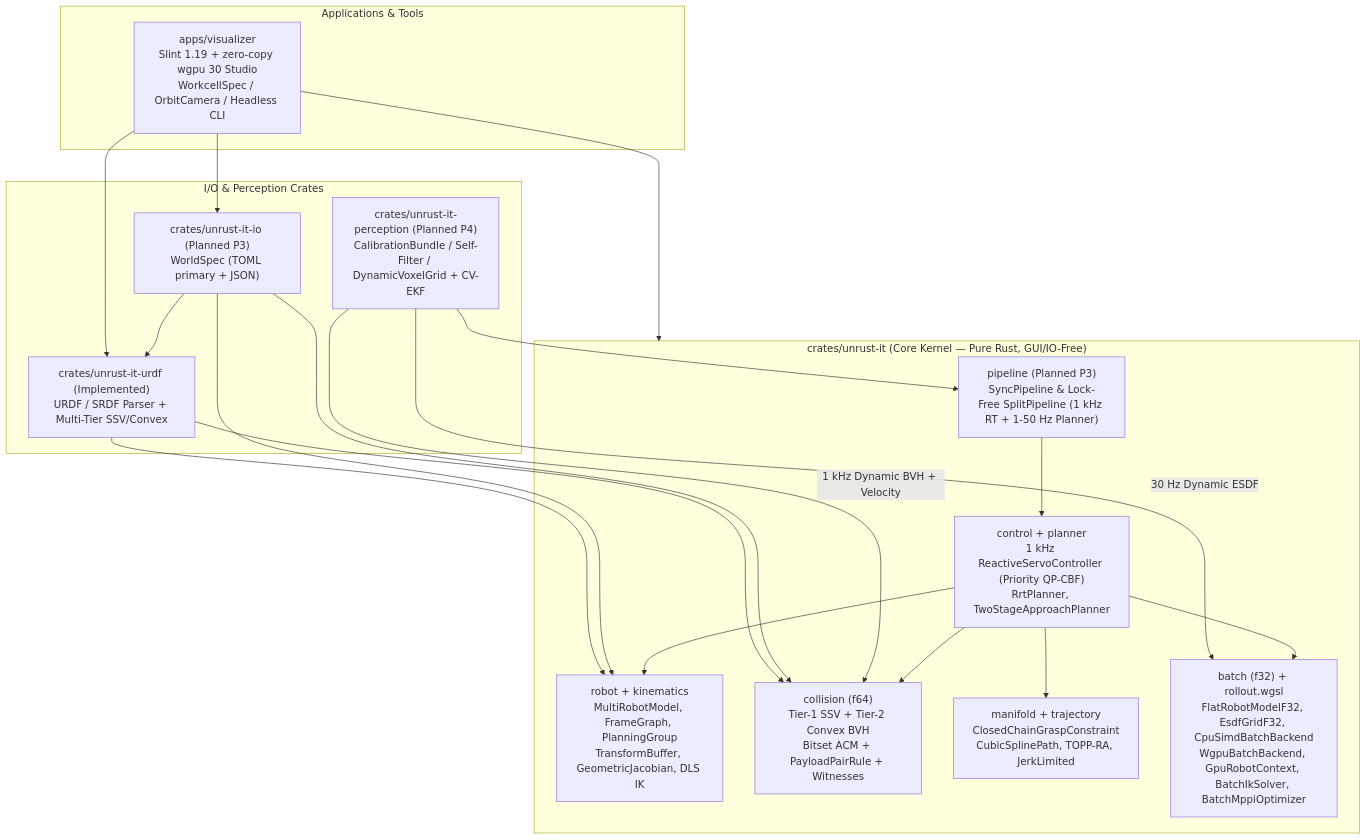
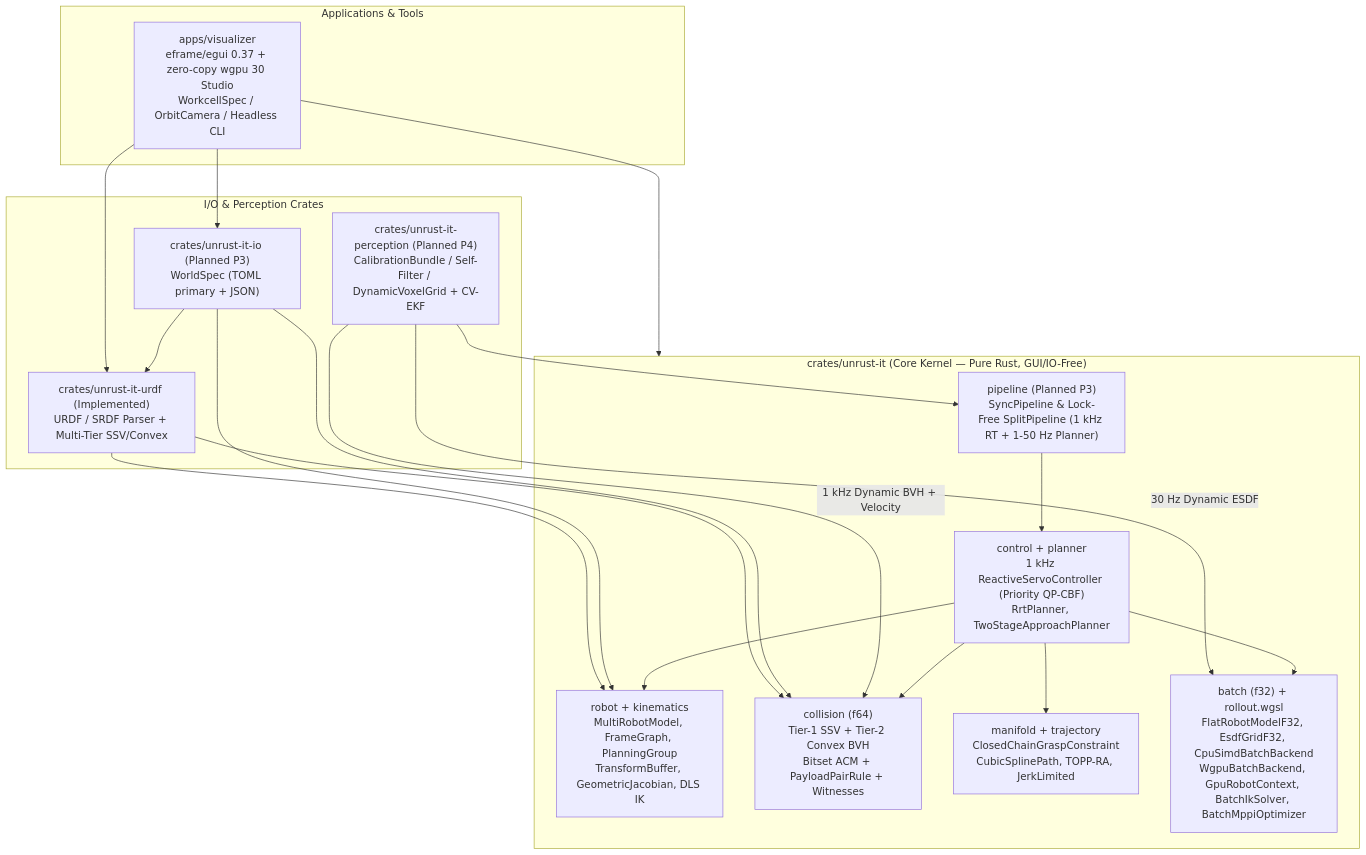
The diagram in docs/ARCHITECTURE.md (imesper/unrust-it), drawn with Mermaid before and after one commit. The commit also changed other lines of this file and 37 other files, not shown here.

Commit message:
feat(visualizer): migrate Desktop Studio from Slint to egui/eframe 0.37 + zero-copy wgpu 30 + egui_plot

````diff
--- a/docs/ARCHITECTURE.md
+++ b/docs/ARCHITECTURE.md
@@ -30,38 +30,38 @@
 ```mermaid
 flowchart TB
     subgraph Apps["Applications & Tools"]
-        Studio["apps/visualizer<br/>Slint 1.19 + zero-copy wgpu 30 Studio<br/>WorkcellSpec / OrbitCamera / Headless CLI"]
+        Studio["apps/visualizer<br/>eframe/egui 0.37 + zero-copy wgpu 30 Studio<br/>WorkcellSpec / OrbitCamera / Headless CLI"]
     end
 
     subgraph IO_Percep["I/O & Perception Crates"]
         URDF["crates/unrust-it-urdf (Implemented)<br/>URDF / SRDF Parser + Multi-Tier SSV/Convex"]
         IO["crates/unrust-it-io (Planned P3)<br/>WorldSpec (TOML primary + JSON)"]
         PER["crates/unrust-it-perception (Planned P4)<br/>CalibrationBundle / Self-Filter / DynamicVoxelGrid + CV-EKF"]
     end
 
     subgraph Kernel["crates/unrust-it (Core Kernel — Pure Rust, GUI/IO-Free)"]
         K_Model["robot + kinematics<br/>MultiRobotModel, FrameGraph, PlanningGroup<br/>TransformBuffer, GeometricJacobian, DLS IK"]
         K_Coll["collision (f64)<br/>Tier-1 SSV + Tier-2 Convex BVH<br/>Bitset ACM + PayloadPairRule + Witnesses"]
         K_Man["manifold + trajectory<br/>ClosedChainGraspConstraint<br/>CubicSplinePath, TOPP-RA, JerkLimited"]
         K_Ctrl["control + planner<br/>1 kHz ReactiveServoController (Priority QP-CBF)<br/>RrtPlanner, TwoStageApproachPlanner"]
         K_Batch["batch (f32) + rollout.wgsl<br/>FlatRobotModelF32, EsdfGridF32, CpuSimdBatchBackend<br/>WgpuBatchBackend, GpuRobotContext, BatchIkSolver, BatchMppiOptimizer"]
         K_Pipe["pipeline (Planned P3)<br/>SyncPipeline & Lock-Free SplitPipeline (1 kHz RT + 1-50 Hz Planner)"]
     end
 
     Studio --> URDF
     Studio --> IO
     Studio --> Kernel
     URDF --> K_Model
     URDF --> K_Coll
     IO --> URDF
     IO --> K_Model
     IO --> K_Coll
     PER -->|30 Hz Dynamic ESDF| K_Batch
     PER -->|1 kHz Dynamic BVH + Velocity| K_Coll
     PER --> K_Pipe
     K_Ctrl --> K_Model
     K_Ctrl --> K_Coll
     K_Ctrl --> K_Man
     K_Ctrl --> K_Batch
     K_Pipe --> K_Ctrl
 ```
````
